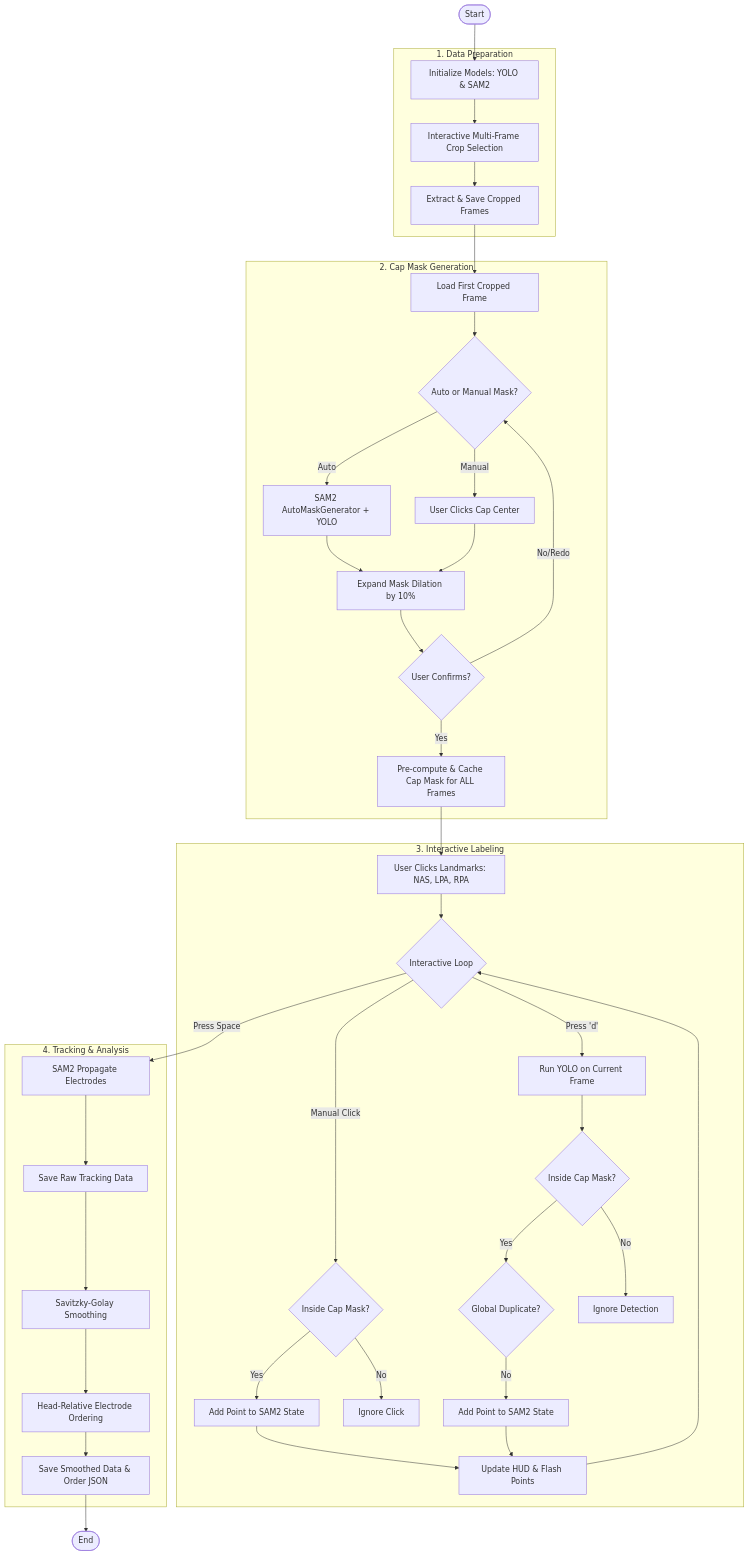
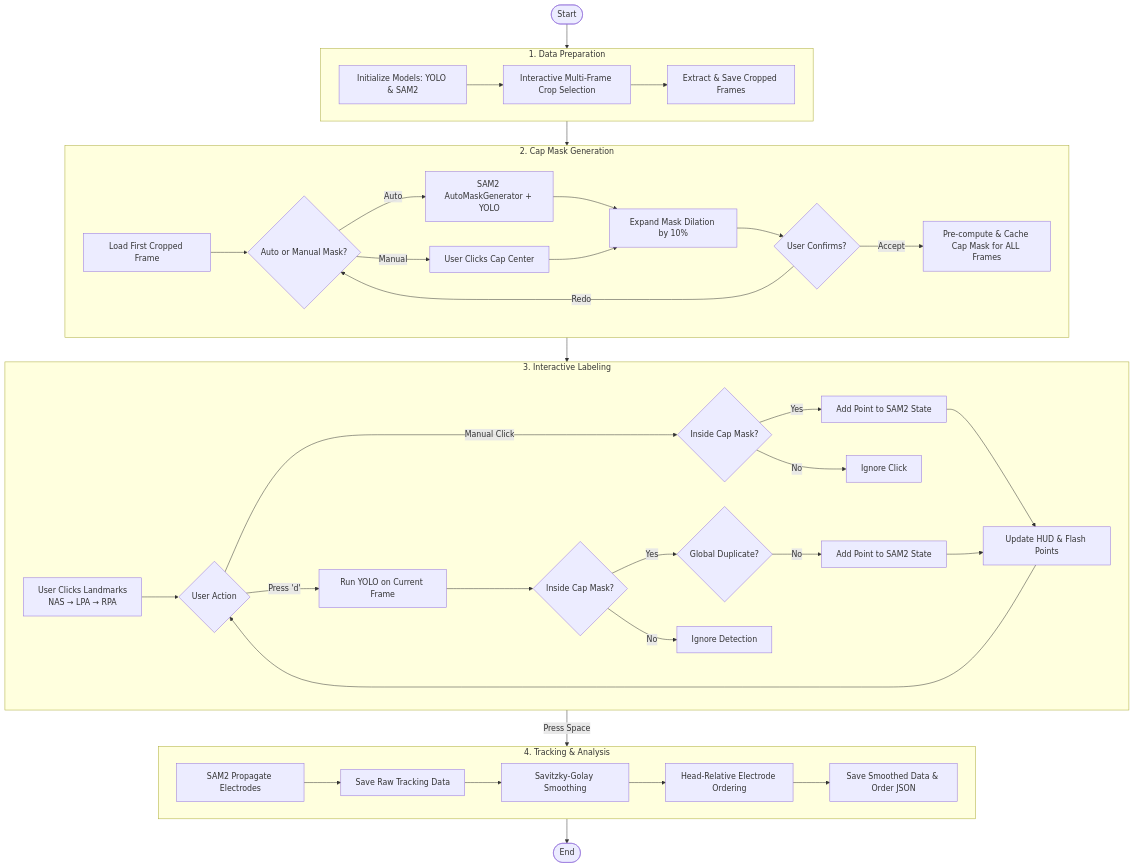
One commit to evrim06/video-eeg-electrode-registration changed the second of 2 diagrams in README.md. Above: the diagram before and after it, drawn with Mermaid.

Commit message:
improve flowchart

````diff
--- a/README.md
+++ b/README.md
@@ -26,53 +26,61 @@
 ```mermaid
 flowchart TD
     Start([Start]) --> Init[Initialize Models: YOLO & SAM2]
-    
+
+    %% --------------------
     subgraph Data_Prep [1. Data Preparation]
-    Init --> MultiFrameCrop[Interactive Multi-Frame Crop Selection]
-    MultiFrameCrop --> ExtractFrames[Extract & Save Cropped Frames]
+        direction LR
+        Init --> MultiFrameCrop[Interactive Multi-Frame Crop Selection]
+        MultiFrameCrop --> ExtractFrames[Extract & Save Cropped Frames]
     end
 
+    %% --------------------
     subgraph Masking_Phase [2. Cap Mask Generation]
-    ExtractFrames --> LoadFirstFrame[Load First Cropped Frame]
-    LoadFirstFrame --> AutoMaskGen{Auto or Manual Mask?}
-    
-    AutoMaskGen -- Auto --> SAM2_Auto[SAM2 AutoMaskGenerator + YOLO]
-    AutoMaskGen -- Manual --> Manual_Click[User Clicks Cap Center]
-    
-    SAM2_Auto --> ExpandMask[Expand Mask Dilation by 10%]
-    Manual_Click --> ExpandMask
-    
-    ExpandMask --> ConfirmMask{User Confirms?}
-    ConfirmMask -- No/Redo --> AutoMaskGen
-    ConfirmMask -- Yes --> Precompute[Pre-compute & Cache Cap Mask for ALL Frames]
+        direction LR
+        ExtractFrames --> LoadFirstFrame[Load First Cropped Frame]
+        LoadFirstFrame --> AutoMaskGen{Auto or Manual Mask?}
+
+        AutoMaskGen -- Auto --> SAM2_Auto[SAM2 AutoMaskGenerator + YOLO]
+        AutoMaskGen -- Manual --> Manual_Click[User Clicks Cap Center]
+
+        SAM2_Auto --> ExpandMask[Expand Mask Dilation by 10%]
+        Manual_Click --> ExpandMask
+
+        ExpandMask --> ConfirmMask{User Confirms?}
+        ConfirmMask -- Redo --> AutoMaskGen
+        ConfirmMask -- Accept --> Precompute[Pre-compute & Cache Cap Mask for ALL Frames]
     end
 
+    %% --------------------
     subgraph Labeling_Phase [3. Interactive Labeling]
-    Precompute --> UserClickLandmarks[User Clicks Landmarks: NAS, LPA, RPA]
-    UserClickLandmarks --> InteractiveLoop{Interactive Loop}
-    
-    InteractiveLoop -- Manual Click --> CheckMask1{Inside Cap Mask?}
-    CheckMask1 -- Yes --> AddManual[Add Point to SAM2 State]
-    CheckMask1 -- No --> Ignore1[Ignore Click]
-    
-    InteractiveLoop -- Press 'd' --> RunYOLO[Run YOLO on Current Frame]
-    RunYOLO --> CheckMask2{Inside Cap Mask?}
-    CheckMask2 -- Yes --> CheckDupes{Global Duplicate?}
-    CheckDupes -- No --> AddYOLO[Add Point to SAM2 State]
-    CheckMask2 -- No --> Ignore2[Ignore Detection]
-    
-    AddManual --> UpdateDisp[Update HUD & Flash Points]
-    AddYOLO --> UpdateDisp
-    UpdateDisp --> InteractiveLoop
+        direction LR
+        Precompute --> UserClickLandmarks[User Clicks Landmarks<br/>NAS → LPA → RPA]
+        UserClickLandmarks --> InteractiveLoop{User Action}
+
+        InteractiveLoop -- Manual Click --> CheckMask1{Inside Cap Mask?}
+        CheckMask1 -- Yes --> AddManual[Add Point to SAM2 State]
+        CheckMask1 -- No --> Ignore1[Ignore Click]
+
+        InteractiveLoop -- Press 'd' --> RunYOLO[Run YOLO on Current Frame]
+        RunYOLO --> CheckMask2{Inside Cap Mask?}
+        CheckMask2 -- Yes --> CheckDupes{Global Duplicate?}
+        CheckDupes -- No --> AddYOLO[Add Point to SAM2 State]
+        CheckMask2 -- No --> Ignore2[Ignore Detection]
+
+        AddManual --> UpdateDisp[Update HUD & Flash Points]
+        AddYOLO --> UpdateDisp
+        UpdateDisp --> InteractiveLoop
     end
 
+    %% --------------------
     subgraph Processing_Phase [4. Tracking & Analysis]
-    InteractiveLoop -- Press Space --> Tracking[SAM2 Propagate Electrodes]
-    Tracking --> RawSave[Save Raw Tracking Data]
-    RawSave --> Smoothing[Savitzky-Golay Smoothing]
-    Smoothing --> Ordering[Head-Relative Electrode Ordering]
-    Ordering --> FinalSave[Save Smoothed Data & Order JSON]
+        direction LR
+        InteractiveLoop -- Press Space --> Tracking[SAM2 Propagate Electrodes]
+        Tracking --> RawSave[Save Raw Tracking Data]
+        RawSave --> Smoothing[Savitzky-Golay Smoothing]
+        Smoothing --> Ordering[Head-Relative Electrode Ordering]
+        Ordering --> FinalSave[Save Smoothed Data & Order JSON]
     end
 
     FinalSave --> End([End])
 ```
````
